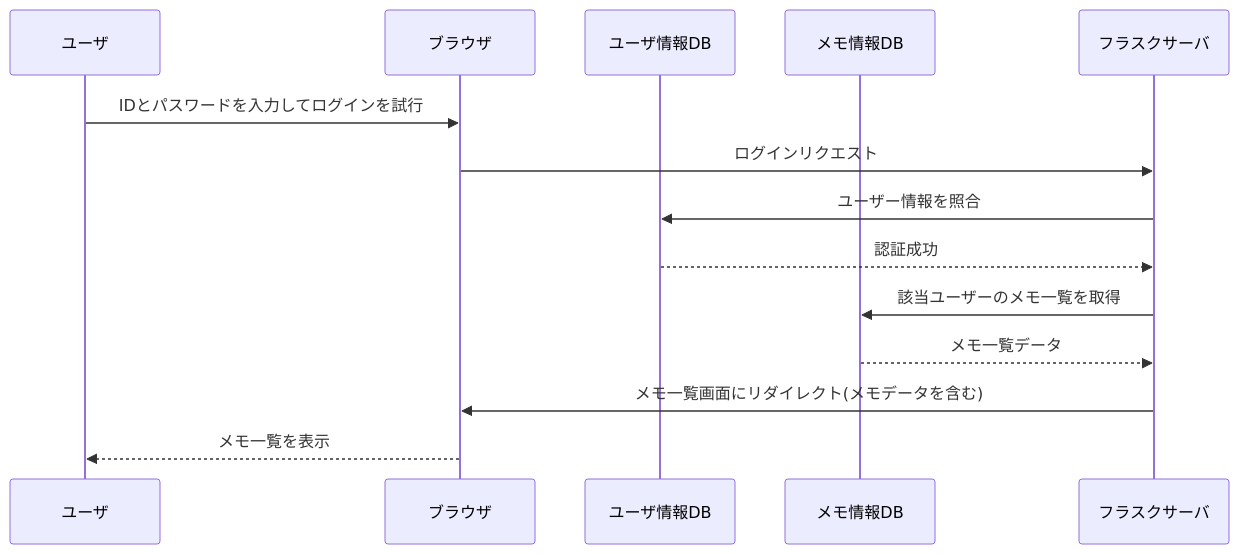
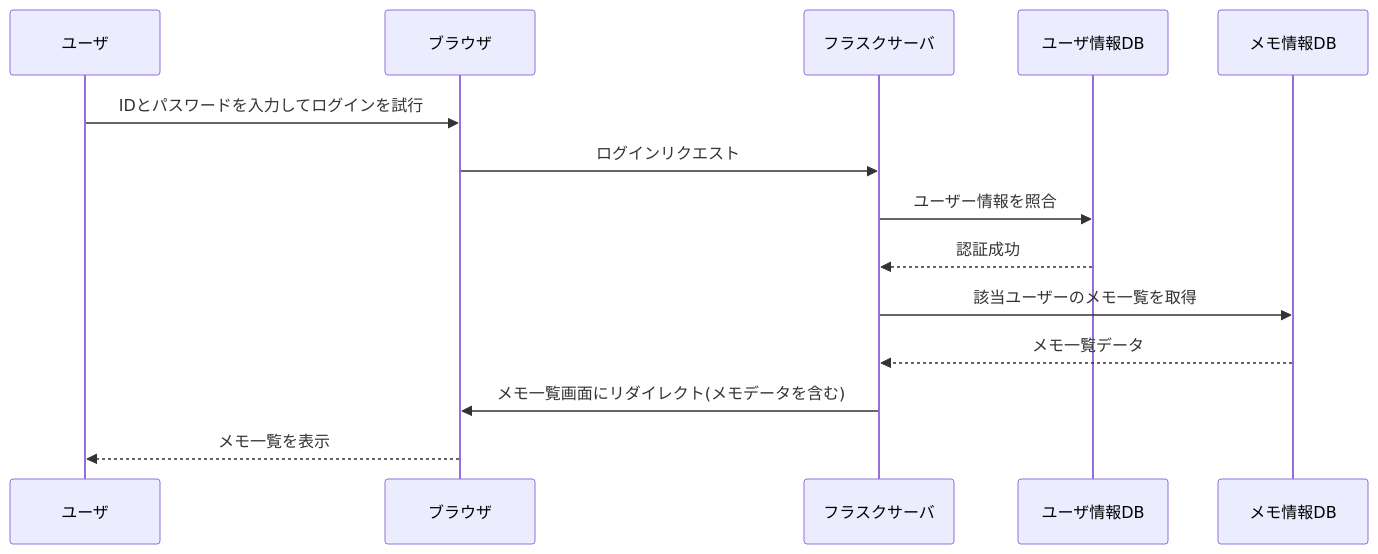
The diagram in シーケンス図_メモを一覧表示する.md (sasaoka-sasami/python-memoapp), drawn with Mermaid before and after one commit. The commit also changed other lines of this file and 1 other file, not shown here.

````diff
--- a/シーケンス図_メモを一覧表示する.md
+++ b/シーケンス図_メモを一覧表示する.md
@@ -1,17 +1,17 @@
 ```mermaid
 sequenceDiagram
     participant user as ユーザ
     participant browser as ブラウザ
+    participant flask as フラスクサーバ
     participant udb as ユーザ情報DB
     participant mdb as メモ情報DB
-    participant flask as フラスクサーバ
 
     user ->> browser: IDとパスワードを入力してログインを試行
     browser ->> flask: ログインリクエスト
     flask ->> udb: ユーザー情報を照合
     udb -->> flask: 認証成功
     flask ->> mdb: 該当ユーザーのメモ一覧を取得
     mdb -->> flask: メモ一覧データ
     flask ->> browser: メモ一覧画面にリダイレクト(メモデータを含む)
     browser -->> user: メモ一覧を表示
 ```
````
